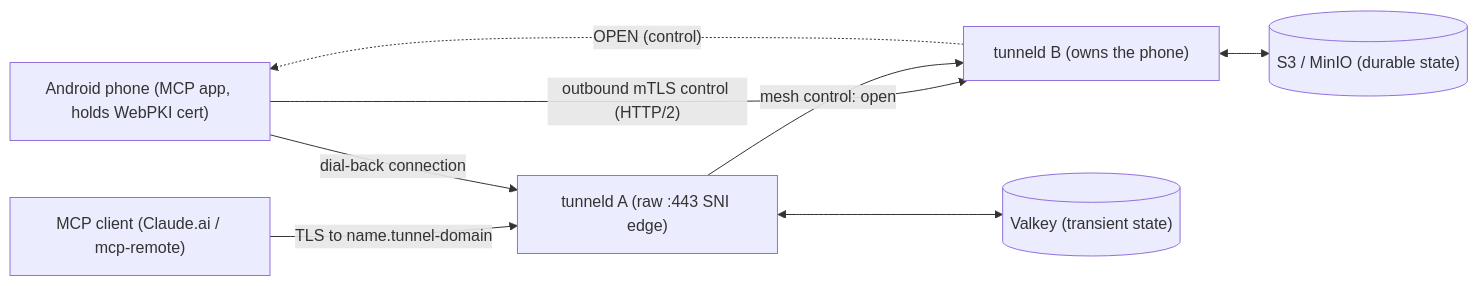
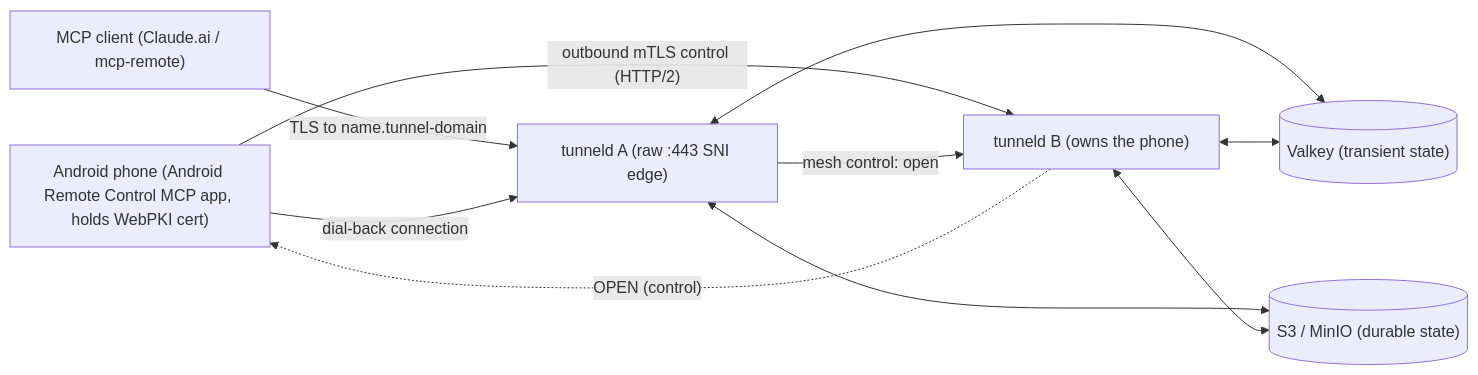
Before and after one commit to danielealbano/android-remote-control-mcp-tunneld: the diagram in README.md, drawn with Mermaid. The commit also changed other lines of this file and 2 other files, not shown here.

First line of the commit message:
docs(docs): refresh the README and name the Android Remote Control MCP app

````diff
--- a/README.md
+++ b/README.md
@@ -15,17 +16,19 @@
 ```mermaid
 flowchart LR
-  phone["Android phone (MCP app, holds WebPKI cert)"]
+  phone["Android phone (Android Remote Control MCP app, holds WebPKI cert)"]
   client["MCP client (Claude.ai / mcp-remote)"]
   ta["tunneld A (raw :443 SNI edge)"]
   tb["tunneld B (owns the phone)"]
   valkey[("Valkey (transient state)")]
   s3[("S3 / MinIO (durable state)")]
 
   phone -- "outbound mTLS control (HTTP/2)" --> tb
   client -- "TLS to name.tunnel-domain" --> ta
   ta -- "mesh control: open" --> tb
   tb -. "OPEN (control)" .-> phone
   phone -- "dial-back connection" --> ta
   ta <--> valkey
+  tb <--> valkey
+  ta <--> s3
   tb <--> s3
 ```
````
